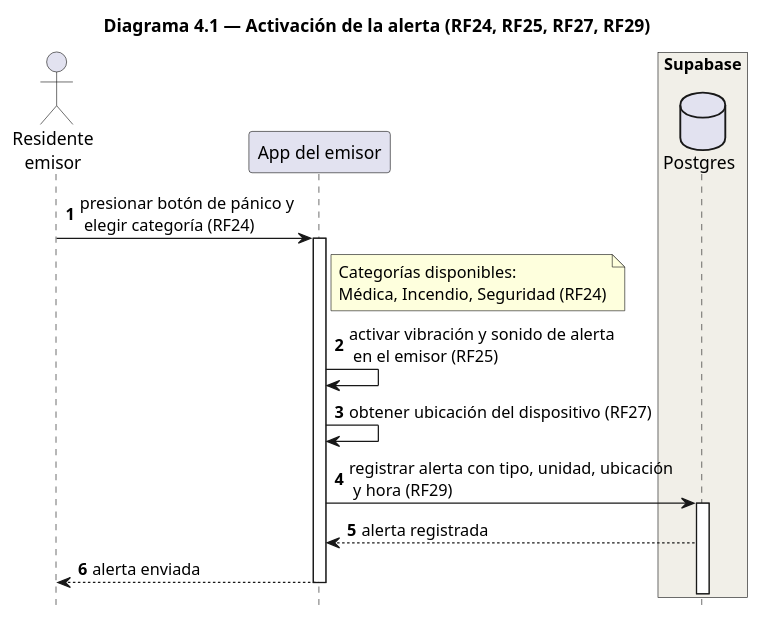
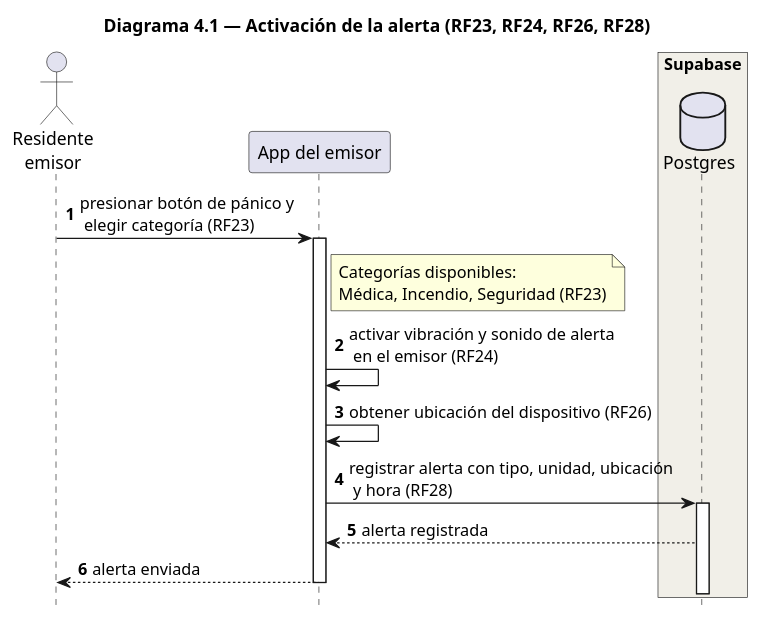
Before and after one commit to liusamfung/neighborgood-project: the diagram in docs/Arquitectura/secuencia/diagrama4_1_activacionAlerta.puml, drawn with PlantUML. The commit also changed 10 other files, not shown here.

First line of the commit message:
Renumera los RF de 1 a 31 en los diagramas de secuencia

```diff
--- a/docs/Arquitectura/secuencia/diagrama4_1_activacionAlerta.puml
+++ b/docs/Arquitectura/secuencia/diagrama4_1_activacionAlerta.puml
@@ -1,29 +1,29 @@
 @startuml Diagrama4_1_ActivacionAlerta
-title Diagrama 4.1 — Activación de la alerta (RF24, RF25, RF27, RF29)
+title Diagrama 4.1 — Activación de la alerta (RF23, RF24, RF26, RF28)
 
 hide footbox
 autonumber
 
 actor "Residente\nemisor" as RES
 participant "App del emisor" as APPE
 
 box "Supabase" #F1EFE8
     database "Postgres" as DB
 end box
 
-RES -> APPE : presionar botón de pánico y \n elegir categoría (RF24)
+RES -> APPE : presionar botón de pánico y \n elegir categoría (RF23)
 activate APPE
 
 note right of APPE
   Categorías disponibles:
-  Médica, Incendio, Seguridad (RF24)
+  Médica, Incendio, Seguridad (RF23)
 end note
 
-APPE -> APPE : activar vibración y sonido de alerta \n en el emisor (RF25)
-APPE -> APPE : obtener ubicación del dispositivo (RF27)
-APPE -> DB : registrar alerta con tipo, unidad, ubicación  \n y hora (RF29)
+APPE -> APPE : activar vibración y sonido de alerta \n en el emisor (RF24)
+APPE -> APPE : obtener ubicación del dispositivo (RF26)
+APPE -> DB : registrar alerta con tipo, unidad, ubicación  \n y hora (RF28)
 activate DB
 DB --> APPE : alerta registrada
 APPE --> RES : alerta enviada
 deactivate APPE
 @enduml
```
